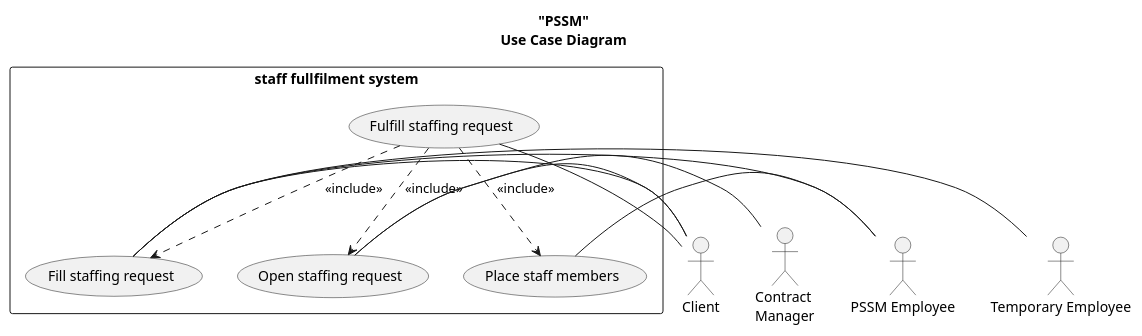
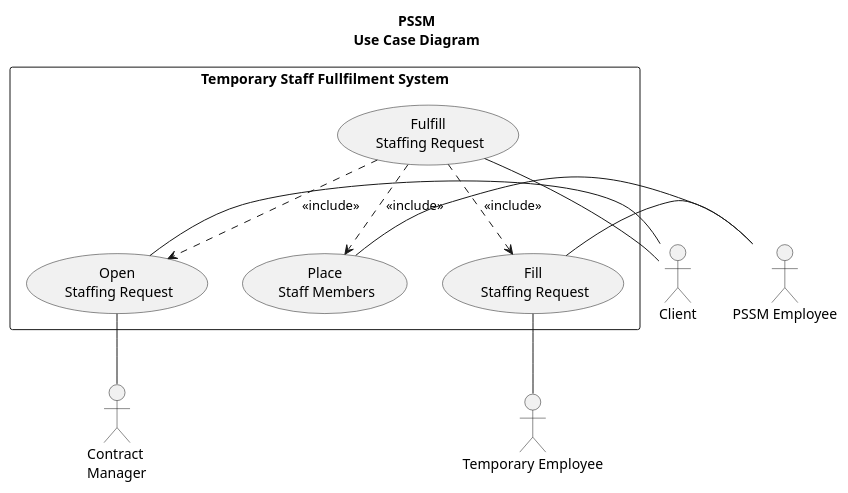
The diagram in Analysis/functional/PSSM_staff_fullfilment_uc.puml (Nuissance/CIS641-capstone), drawn with PlantUML before and after one commit.

Commit message:
clean up UCD

```diff
--- a/Analysis/functional/PSSM_staff_fullfilment_uc.puml
+++ b/Analysis/functional/PSSM_staff_fullfilment_uc.puml
@@ -1,28 +1,28 @@
 @startuml
 skinparam monochrome true
 'left to right direction
-title "PSSM"\nUse Case Diagram
+title PSSM\nUse Case Diagram
 
-rectangle "staff fullfilment system" as S {
-    (Fulfill staffing request) as FFSR
-    (Open staffing request) as OSR
-    (Place staff members) as PSM
-    (Fill staffing request) as FSR
+rectangle "Temporary Staff Fullfilment System" as S {
+    (Fulfill\n Staffing Request) as FFSR
+    (Open\n Staffing Request) as OSR
+    (Place\n Staff Members) as PSM
+    (Fill\n Staffing Request) as FSR
 }
 FFSR ..> OSR : <<include>>
 FFSR ..> PSM : <<include>>
 FFSR ..> FSR : <<include>>
 
 :Contract \nManager: as CM
 :Client: as C
-:PSSM Employee: as PSSM
+:PSSM Employee: as PE
 :Temporary Employee: as TE
 
-C - FFSR
-C - FSR
+FSR -down- TE
+OSR -down- CM
+FFSR - C
 OSR - C
-OSR - CM
-PSM - PSSM
-PSSM - FSR
-TE - FSR
+PSM - PE
+FSR - PE
+
 @enduml
```
